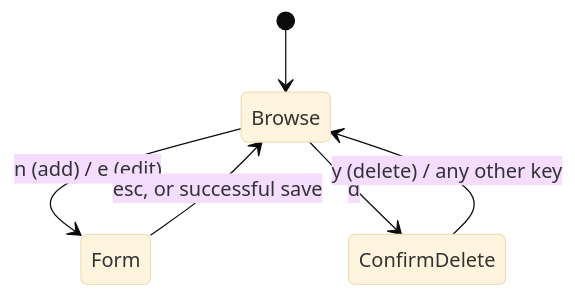
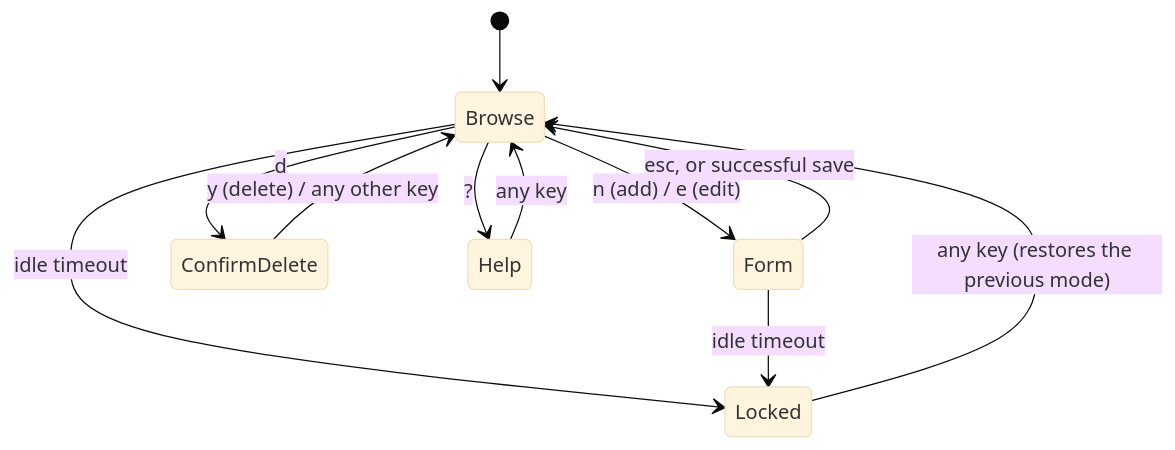
Before and after one commit to RafaSG13/Pandora: the first of 2 diagrams in docs/ARCHITECTURE.md, drawn with Mermaid (base theme). The commit also changed other lines of this file and 28 other files, not shown here.

First line of the commit message:
Implement the remaining roadmap: richer TUI, CLI mode, export/import, doctor

````diff
--- a/docs/ARCHITECTURE.md
+++ b/docs/ARCHITECTURE.md
@@ -34,8 +46,13 @@
 ```mermaid
 stateDiagram-v2
     [*] --> Browse
     Browse --> Form: n (add) / e (edit)
     Form --> Browse: esc, or successful save
     Browse --> ConfirmDelete: d
     ConfirmDelete --> Browse: y (delete) / any other key
+    Browse --> Help: ?
+    Help --> Browse: any key
+    Browse --> Locked: idle timeout
+    Form --> Locked: idle timeout
+    Locked --> Browse: any key (restores the previous mode)
 ```
````
